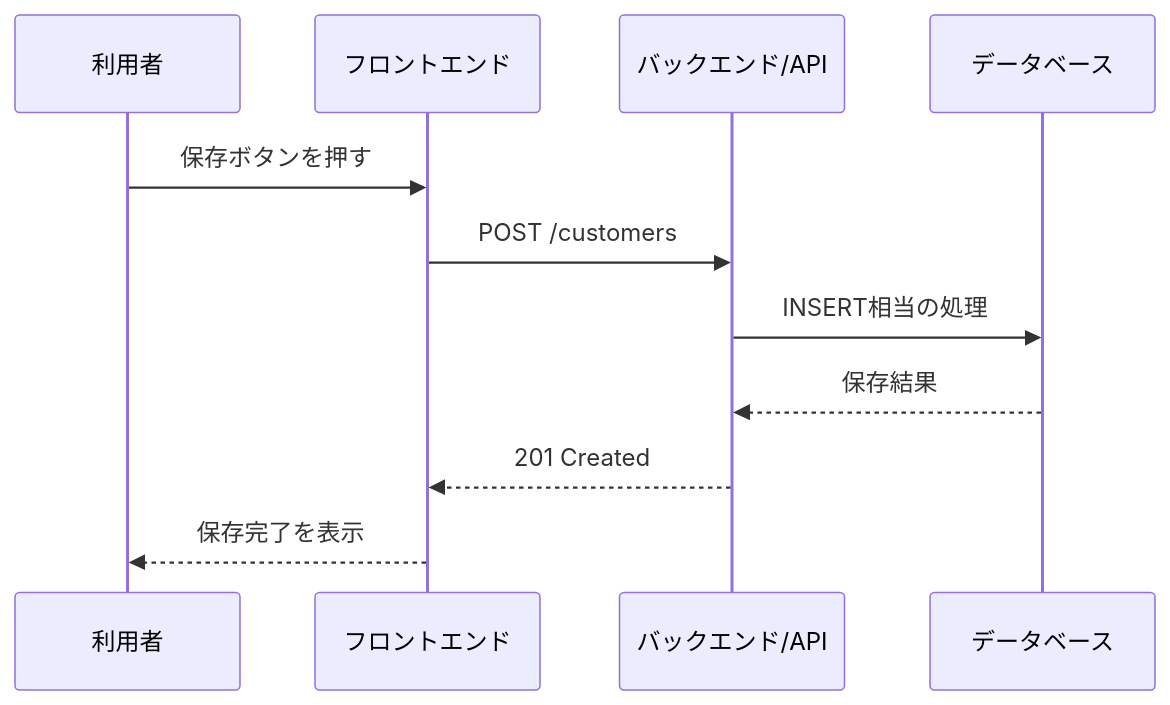
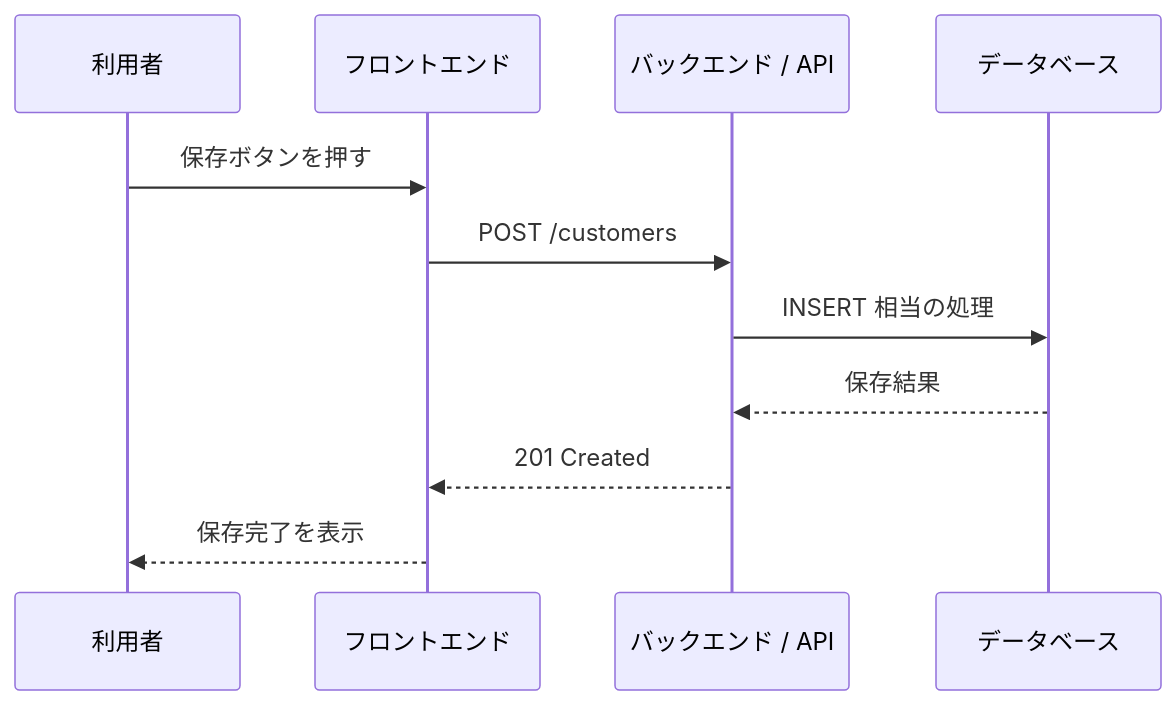
One commit to n-Sakana/sakana-oss changed the third of 8 diagrams in notes/dataverse-learning-resume-2026-05-18.md. Above: the diagram before and after it, drawn with Mermaid. The commit also changed other lines of this file, not shown here.

````diff
--- a/notes/dataverse-learning-resume-2026-05-18.md
+++ b/notes/dataverse-learning-resume-2026-05-18.md
@@ -254,14 +247,14 @@
 ```mermaid
 sequenceDiagram
     participant U as 利用者
     participant F as フロントエンド
-    participant B as バックエンド/API
+    participant B as バックエンド / API
     participant D as データベース
 
     U->>F: 保存ボタンを押す
     F->>B: POST /customers
-    B->>D: INSERT相当の処理
+    B->>D: INSERT 相当の処理
     D-->>B: 保存結果
     B-->>F: 201 Created
     F-->>U: 保存完了を表示
 ```
````
